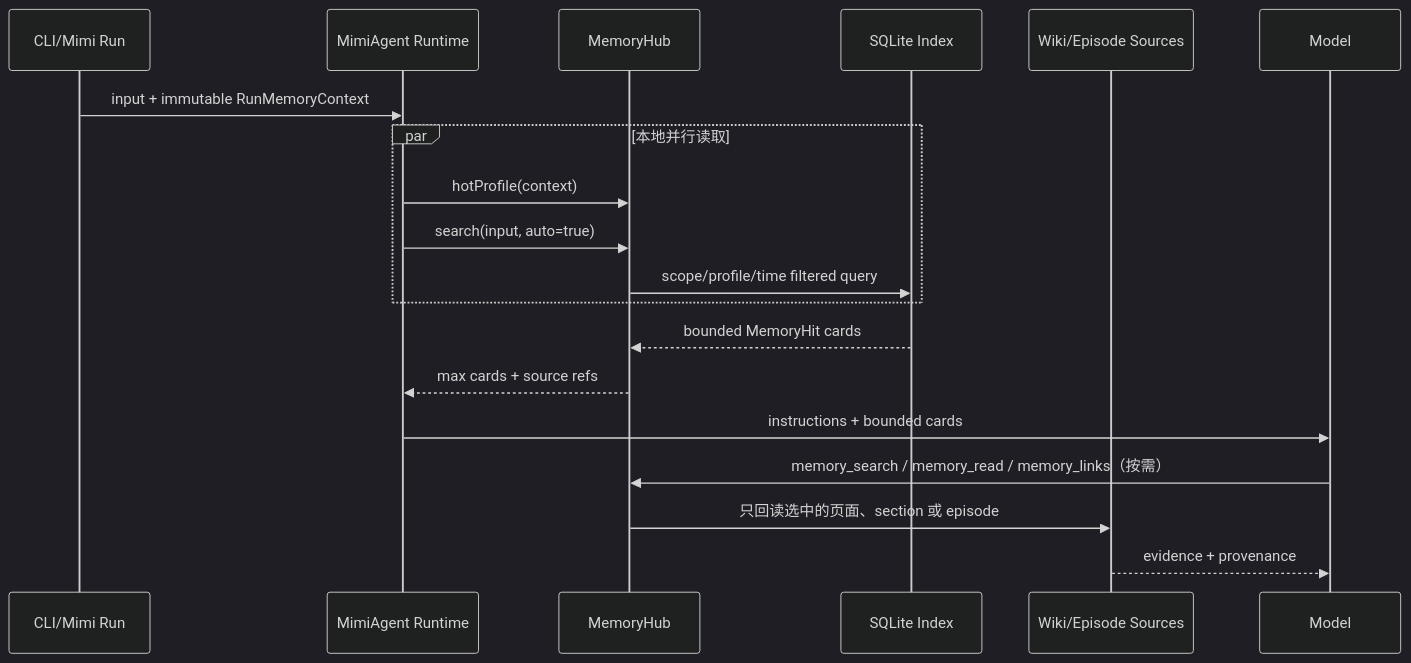
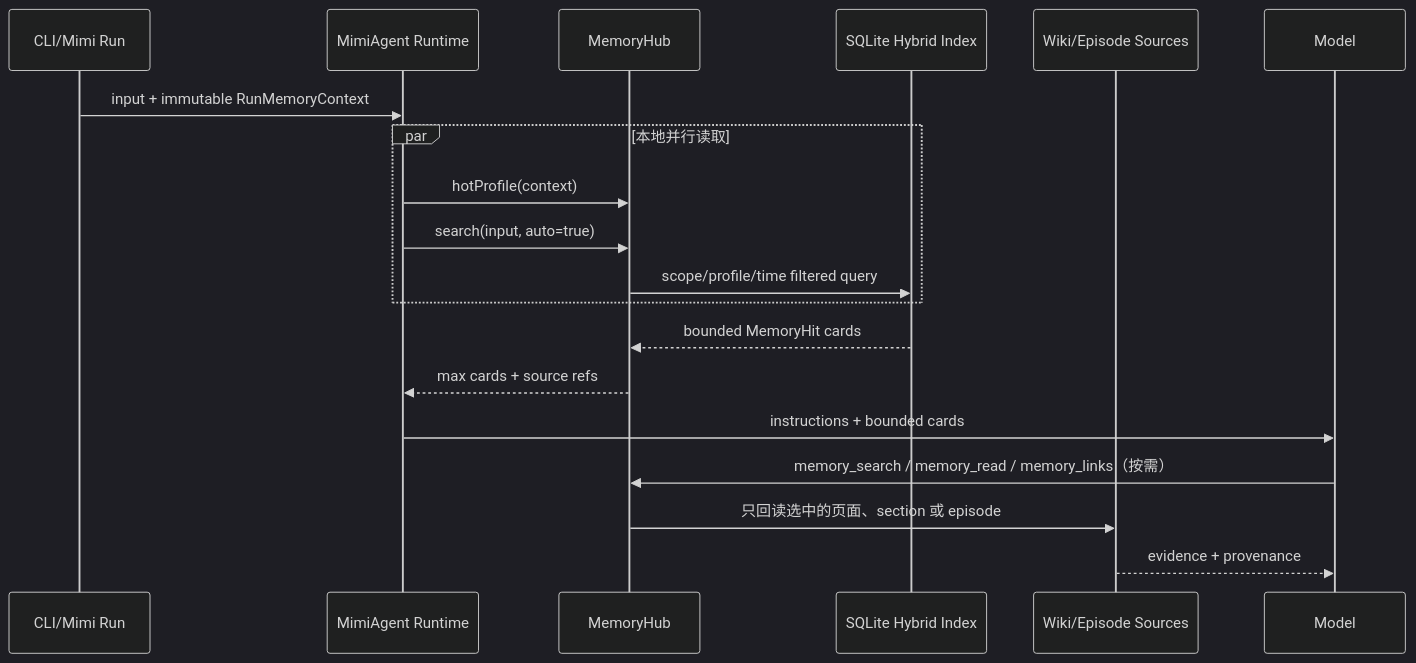
One commit to Kickflip73/NanoAgent changed the third of 5 diagrams in docs/plans/20260715-MimiAgent统一MemoryHub-计划.md. Above: the diagram before and after it, drawn with Mermaid (dark theme). The commit also changed other lines of this file and 104 other files, not shown here.

````diff
--- a/docs/plans/20260715-MimiAgent统一MemoryHub-计划.md
+++ b/docs/plans/20260715-MimiAgent统一MemoryHub-计划.md
@@ -306,22 +343,22 @@
 ```mermaid
 sequenceDiagram
     participant C as CLI/Mimi Run
     participant R as MimiAgent Runtime
     participant H as MemoryHub
-    participant X as SQLite Index
+    participant X as SQLite Hybrid Index
     participant V as Wiki/Episode Sources
     participant M as Model
 
     C->>R: input + immutable RunMemoryContext
     par 本地并行读取
         R->>H: hotProfile(context)
         R->>H: search(input, auto=true)
         H->>X: scope/profile/time filtered query
     end
     X-->>H: bounded MemoryHit cards
     H-->>R: max cards + source refs
     R->>M: instructions + bounded cards
     M->>H: memory_search / memory_read / memory_links（按需）
     H->>V: 只回读选中的页面、section 或 episode
     V-->>M: evidence + provenance
 ```
````
